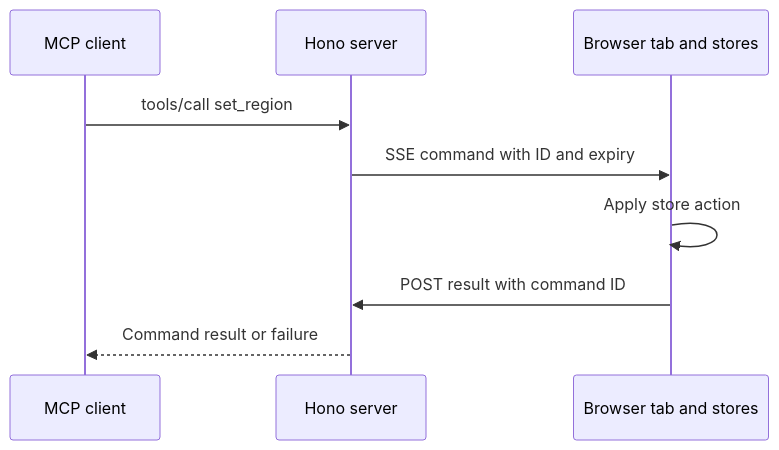
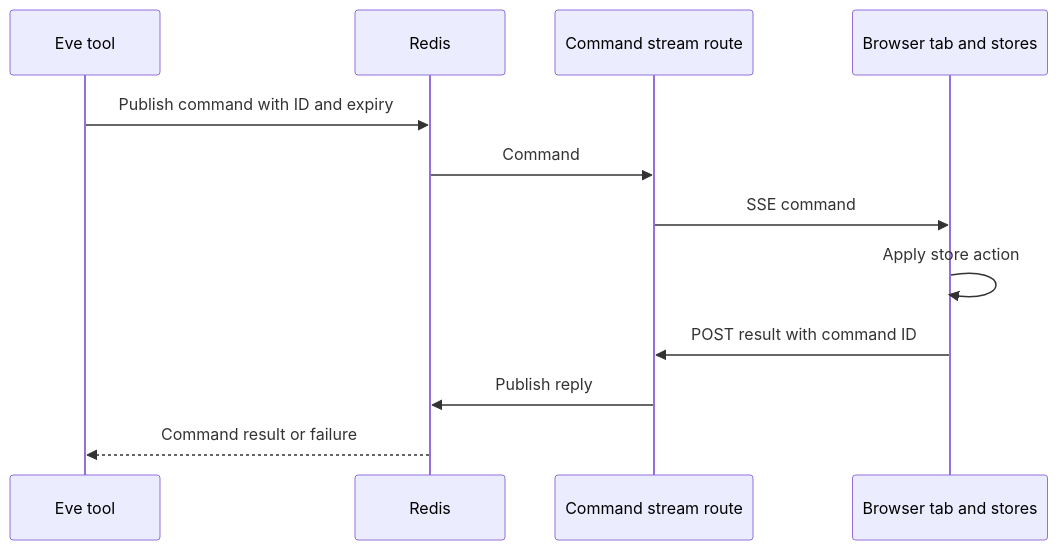
One commit to weng-lab/genomebrowser changed the second of 3 diagrams in apps/web/docs/02-guides/dataFlow.md. Above: the diagram before and after it, drawn with Mermaid. The commit also changed other lines of this file and 84 other files, not shown here.

First line of the commit message:
Run agent commands as Eve tools through a Redis relay

````diff
--- a/apps/web/docs/02-guides/dataFlow.md
+++ b/apps/web/docs/02-guides/dataFlow.md
@@ -54,11 +55,14 @@
 ```mermaid
 sequenceDiagram
-  participant Agent as MCP client
-  participant Server as Hono server
+  participant Agent as Eve tool
+  participant Redis
+  participant Route as Command stream route
   participant Tab as Browser tab and stores
-  Agent->>Server: tools/call set_region
-  Server->>Tab: SSE command with ID and expiry
+  Agent->>Redis: Publish command with ID and expiry
+  Redis->>Route: Command
+  Route->>Tab: SSE command
   Tab->>Tab: Apply store action
-  Tab->>Server: POST result with command ID
-  Server-->>Agent: Command result or failure
+  Tab->>Route: POST result with command ID
+  Route->>Redis: Publish reply
+  Redis-->>Agent: Command result or failure
 ```
````
